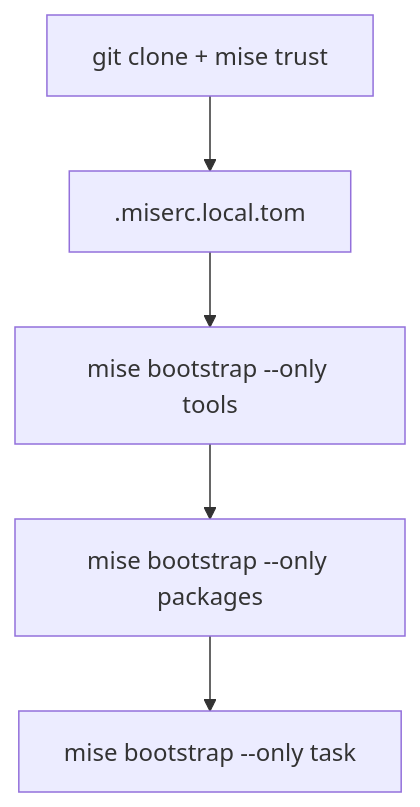
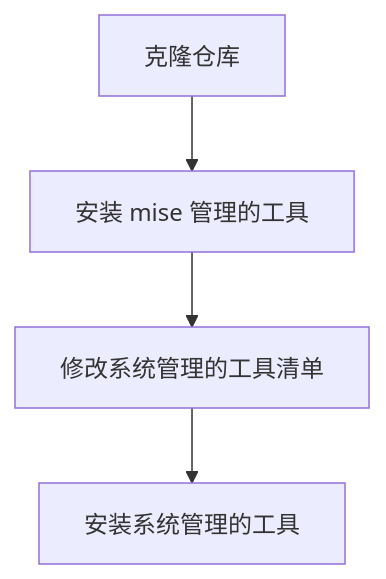
One commit to Juemuren/.dotfiles changed the second of 4 diagrams in .docs/BOOTSTRAP.md. Above: the diagram before and after it, drawn with Mermaid. The commit also changed other lines of this file and 1 other file, not shown here.

````diff
--- a/.docs/BOOTSTRAP.md
+++ b/.docs/BOOTSTRAP.md
@@ -36,8 +41,7 @@
 ```mermaid
 flowchart TD
-  U0["git clone + mise trust"]
-    --> U1[".miserc.local.tom"]
-    --> U2["mise bootstrap --only tools"]
-    --> U3["mise bootstrap --only packages"]
-    --> U4["mise bootstrap --only task"]
+  T0["克隆仓库"]
+    --> T1["安装 mise 管理的工具"]
+    --> T2["修改系统管理的工具清单"]
+    --> T3["安装系统管理的工具"]
 ```
````
